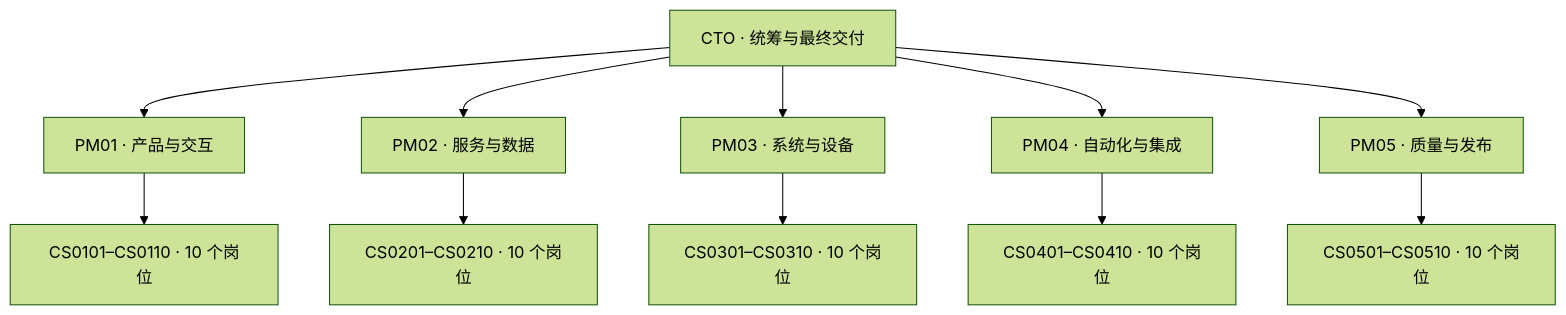
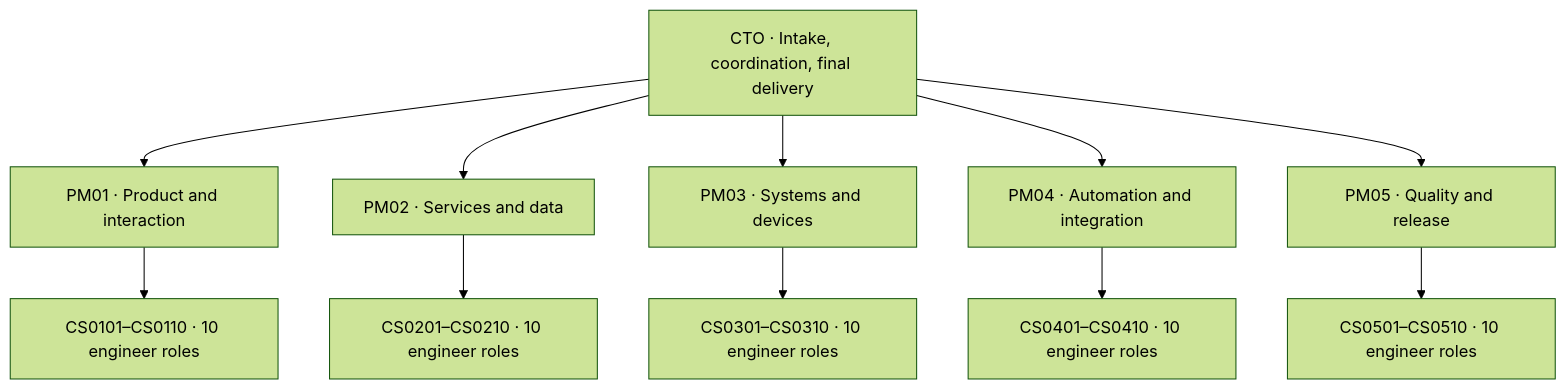
Before and after one commit to StochasticResult/codex-cto-agent-team: the diagram in README.md, drawn with Mermaid (forest theme). The commit also changed other lines of this file and 6 other files, not shown here.

````diff
--- a/README.md
+++ b/README.md
@@ -5,14 +15,14 @@
 ```mermaid
 flowchart TD
-    CTO["CTO · 统筹与最终交付"]
-    CTO --> PM01["PM01 · 产品与交互"]
-    CTO --> PM02["PM02 · 服务与数据"]
-    CTO --> PM03["PM03 · 系统与设备"]
-    CTO --> PM04["PM04 · 自动化与集成"]
-    CTO --> PM05["PM05 · 质量与发布"]
-    PM01 --> CS01["CS0101–CS0110 · 10 个岗位"]
-    PM02 --> CS02["CS0201–CS0210 · 10 个岗位"]
-    PM03 --> CS03["CS0301–CS0310 · 10 个岗位"]
-    PM04 --> CS04["CS0401–CS0410 · 10 个岗位"]
-    PM05 --> CS05["CS0501–CS0510 · 10 个岗位"]
+    CTO["CTO · Intake, coordination, final delivery"]
+    CTO --> PM01["PM01 · Product and interaction"]
+    CTO --> PM02["PM02 · Services and data"]
+    CTO --> PM03["PM03 · Systems and devices"]
+    CTO --> PM04["PM04 · Automation and integration"]
+    CTO --> PM05["PM05 · Quality and release"]
+    PM01 --> CS01["CS0101–CS0110 · 10 engineer roles"]
+    PM02 --> CS02["CS0201–CS0210 · 10 engineer roles"]
+    PM03 --> CS03["CS0301–CS0310 · 10 engineer roles"]
+    PM04 --> CS04["CS0401–CS0410 · 10 engineer roles"]
+    PM05 --> CS05["CS0501–CS0510 · 10 engineer roles"]
 ```
````
